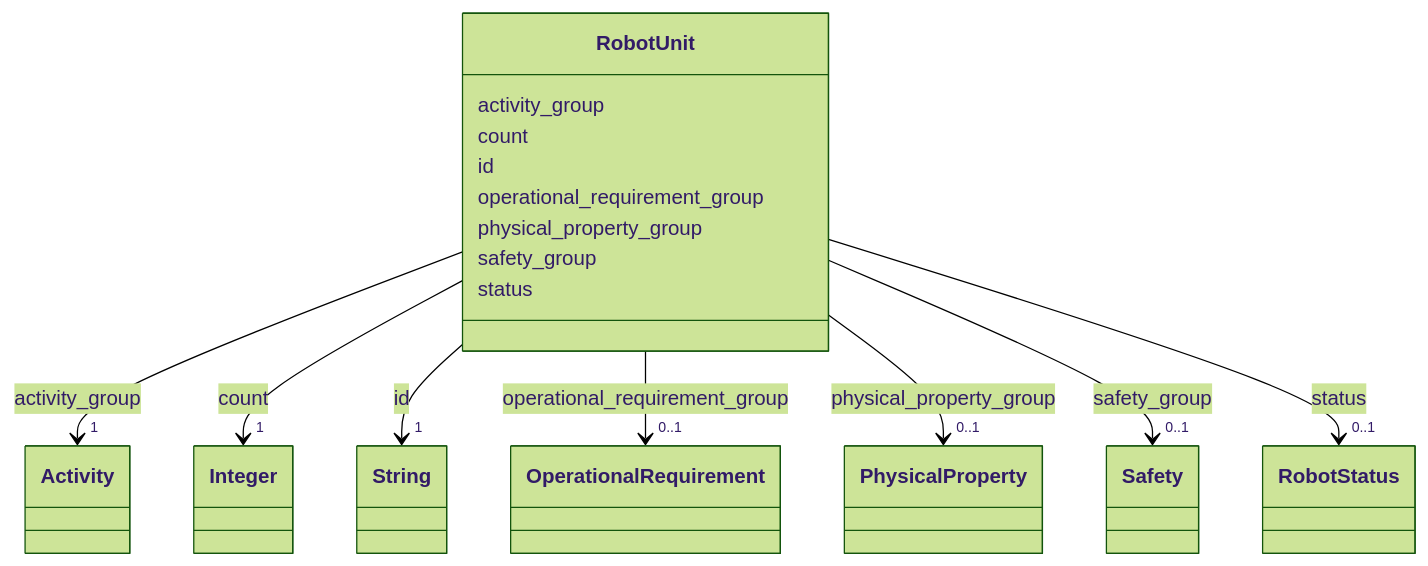
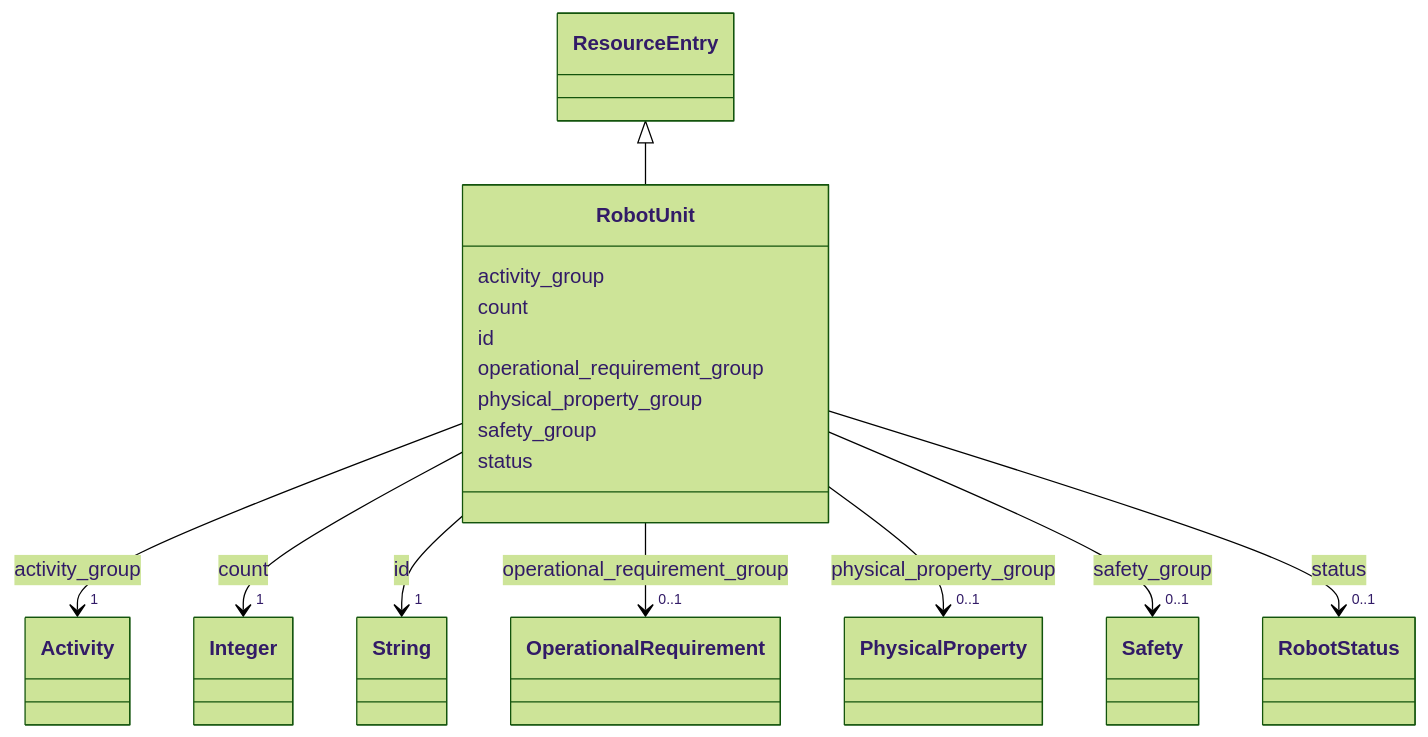
The diagram in docs/model/process/RobotUnit.md (maikeljsb/rcpc-schema), drawn with Mermaid (forest theme) before and after one commit. The commit also changed other lines of this file and 45 other files, not shown here.

Commit message:
feat(resource): add ResourceEntry as the base and Stock beside RobotUnit

````diff
--- a/docs/model/process/RobotUnit.md
+++ b/docs/model/process/RobotUnit.md
@@ -23,83 +23,86 @@
 ```mermaid
  classDiagram
     class RobotUnit
     click RobotUnit href "../RobotUnit/"
+      ResourceEntry <|-- RobotUnit
+        click ResourceEntry href "../ResourceEntry/"
+      
       RobotUnit : activity_group
         
           
     
         
         
         RobotUnit --> "1" Activity : activity_group
         click Activity href "../Activity/"
     
 
         
       RobotUnit : count
         
           
     
         
         
         RobotUnit --> "1" Integer : count
         click Integer href "../http://www.w3.org/2001/XMLSchema#integer/"
     
 
         
       RobotUnit : id
         
           
     
         
         
         RobotUnit --> "1" String : id
         click String href "../http://www.w3.org/2001/XMLSchema#string/"
     
 
         
       RobotUnit : operational_requirement_group
         
           
     
         
         
         RobotUnit --> "0..1" OperationalRequirement : operational_requirement_group
         click OperationalRequirement href "../OperationalRequirement/"
     
 
         
       RobotUnit : physical_property_group
         
           
     
         
         
         RobotUnit --> "0..1" PhysicalProperty : physical_property_group
         click PhysicalProperty href "../PhysicalProperty/"
     
 
         
       RobotUnit : safety_group
         
           
     
         
         
         RobotUnit --> "0..1" Safety : safety_group
         click Safety href "../Safety/"
     
 
         
       RobotUnit : status
         
           
     
         
         
         RobotUnit --> "0..1" RobotStatus : status
         click RobotStatus href "../RobotStatus/"
     
 
         
       
 ```
````
